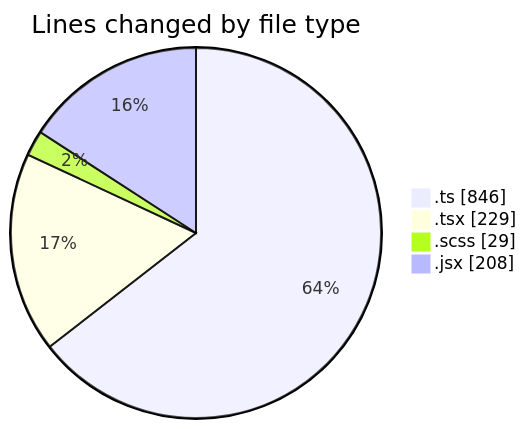
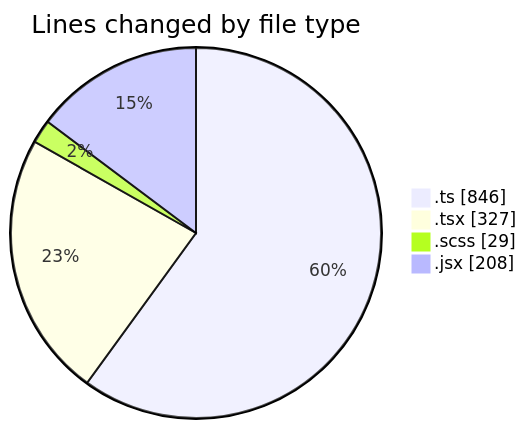
The first of 2 diagrams in 2026-03-18/cda/README.md (momahboobian/code-tracking), drawn with Mermaid before and after one commit. The commit also changed other lines of this file and 1 other file, not shown here.

````diff
--- a/2026-03-18/cda/README.md
+++ b/2026-03-18/cda/README.md
@@ -26,8 +27,8 @@
 ```mermaid
 pie showData
 title Lines changed by file type
 ".ts" : 846
-".tsx" : 229
+".tsx" : 327
 ".scss" : 29
 ".jsx" : 208
 ```
````
